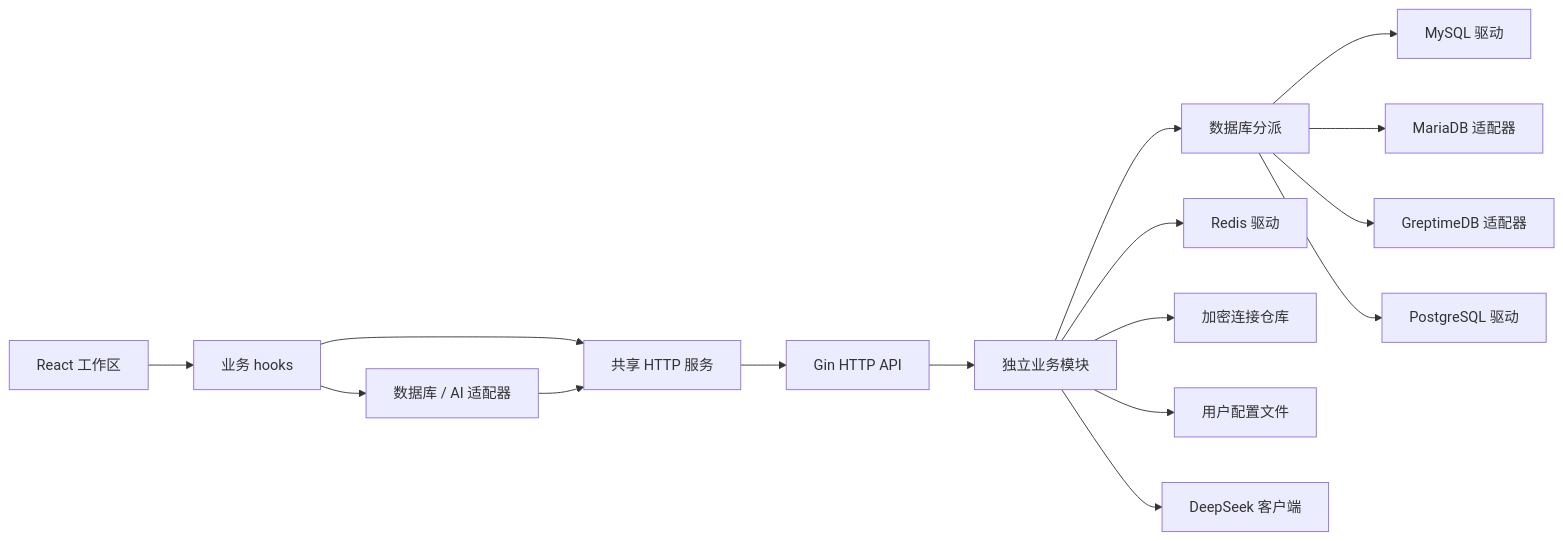
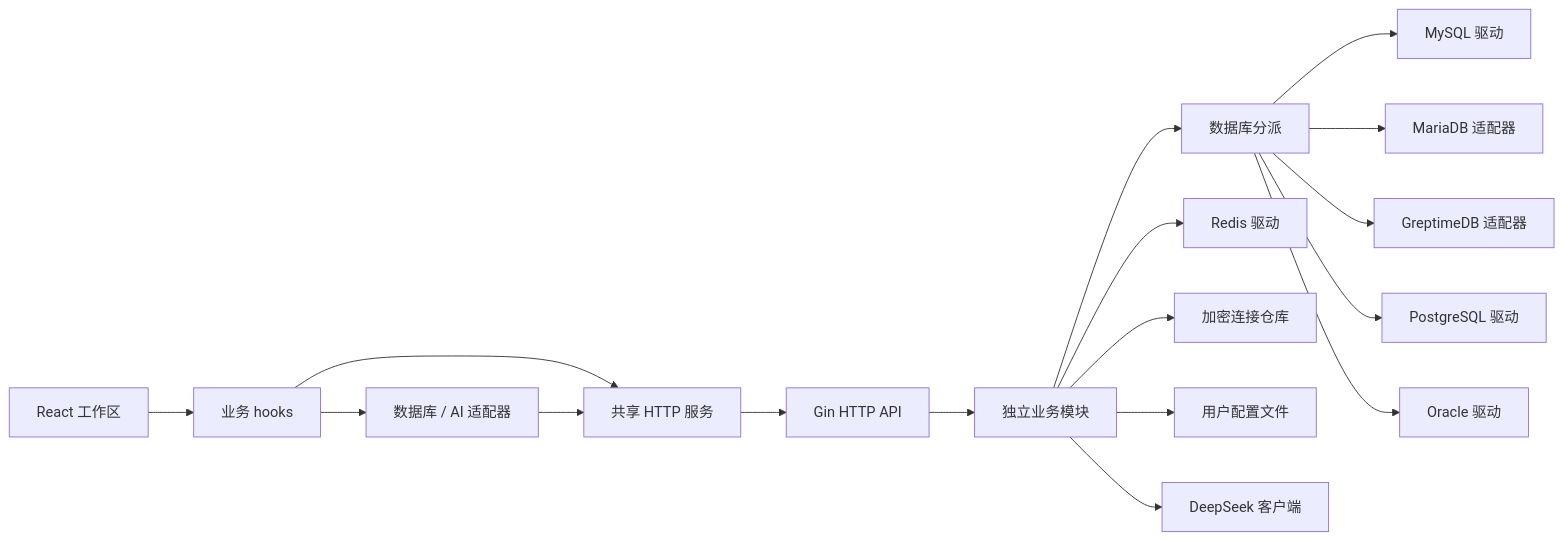
Before and after one commit to xiaozhang95/SQL-Studio: the diagram in docs/ARCHITECTURE.md, drawn with Mermaid. The commit also changed other lines of this file and 83 other files, not shown here.

````diff
--- a/docs/ARCHITECTURE.md
+++ b/docs/ARCHITECTURE.md
@@ -48,18 +50,19 @@
 ```mermaid
 flowchart LR
   UI[React 工作区] --> Hooks[业务 hooks]
   Hooks --> Adapter[数据库 / AI 适配器]
   Hooks --> HTTP[共享 HTTP 服务]
   Adapter --> HTTP
   HTTP --> Gin[Gin HTTP API]
   Gin --> Modules[独立业务模块]
   Modules --> Engines[数据库分派]
   Engines --> MySQL[MySQL 驱动]
   Engines --> MariaDB[MariaDB 适配器]
   Engines --> GreptimeDB[GreptimeDB 适配器]
   Engines --> PG[PostgreSQL 驱动]
+  Engines --> Oracle[Oracle 驱动]
   Modules --> Redis[Redis 驱动]
   Modules --> Connections[加密连接仓库]
   Modules --> State[用户配置文件]
   Modules --> DeepSeek[DeepSeek 客户端]
 ```
````
